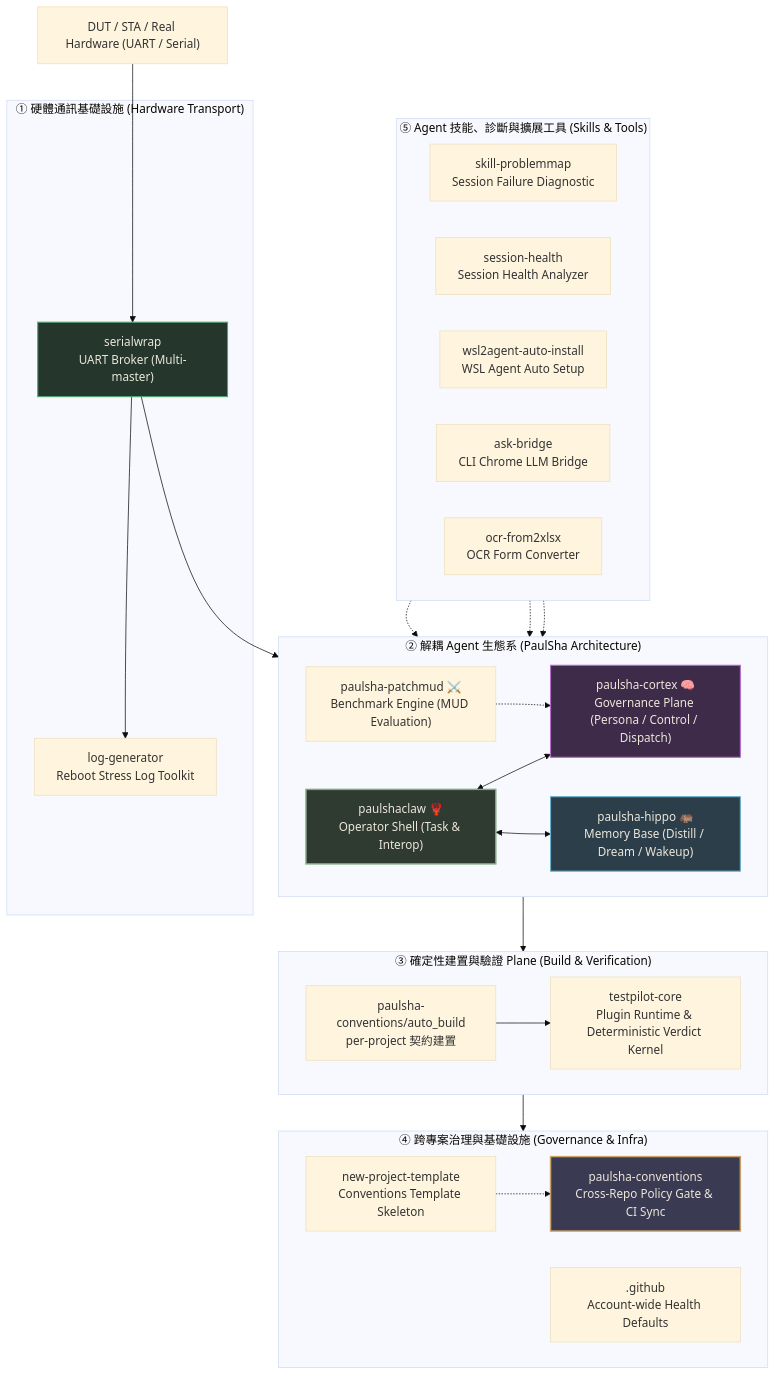
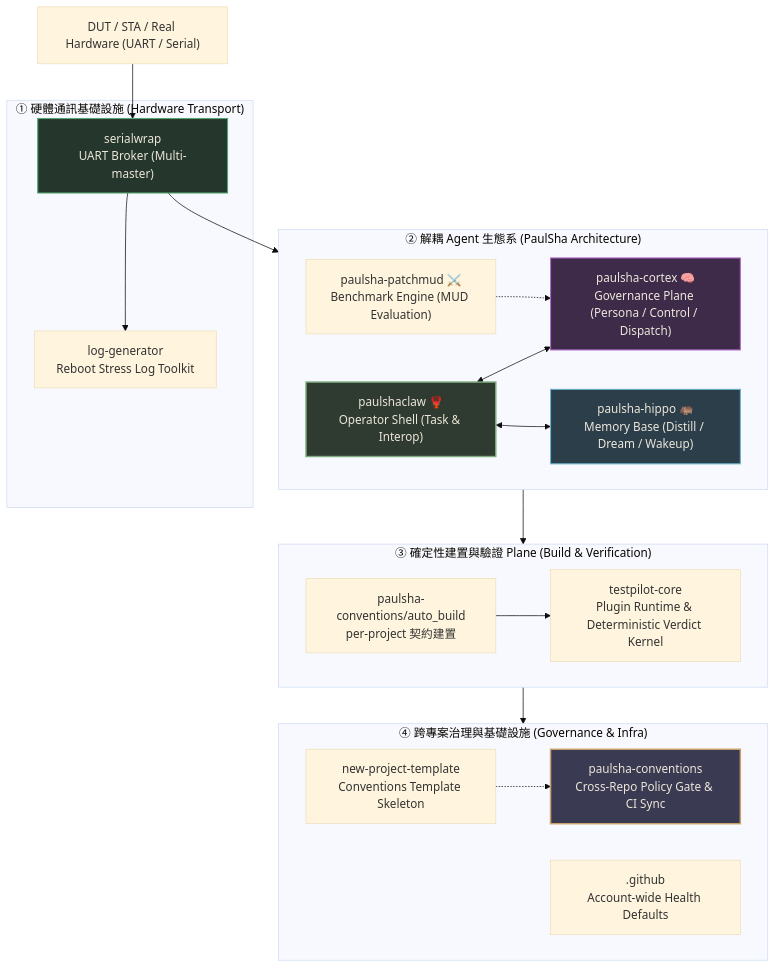
One commit to hamanpaul/hamanpaul changed the first of 2 diagrams in README.md. Above: the diagram before and after it, drawn with Mermaid (base theme).

Commit message:
docs(readme): 系統架構圖移除第⑤區 Skills & Tools
架構圖（roadmap）收斂為三大組成：通用 paulsha 系列、embedded 的
serialwrap、橫跨兩者的 testpilot-core；Agent 技能與診斷工具類 repo
仍保留於下方公開專案矩陣，不再出現在架構圖中。

Claude-Session: https://claude.ai/code/session_01RuLD9v7DW9tLdbJsapMzXQ

````diff
--- a/README.md
+++ b/README.md
@@ -13,59 +13,47 @@
 ```mermaid
 flowchart TD
     HW["DUT / STA / Real Hardware (UART / Serial)"]
 
     subgraph P1["① 硬體通訊基礎設施 (Hardware Transport)"]
         SW["serialwrap<br/>UART Broker (Multi-master)"]
         LOGGEN["log-generator<br/>Reboot Stress Log Toolkit"]
     end
 
     subgraph P2["② 解耦 Agent 生態系 (PaulSha Architecture)"]
         direction LR
         CLAW["paulshaclaw 🦞<br/>Operator Shell (Task & Interop)"]
         HIPPO["paulsha-hippo 🦛<br/>Memory Base (Distill / Dream / Wakeup)"]
         CORTEX["paulsha-cortex 🧠<br/>Governance Plane (Persona / Control / Dispatch)"]
         MUD["paulsha-patchmud ⚔️<br/>Benchmark Engine (MUD Evaluation)"]
     end
 
     subgraph P3["③ 確定性建置與驗證 Plane (Build & Verification)"]
         direction LR
         BUILD["paulsha-conventions/auto_build<br/>per-project 契約建置"]
         TP["testpilot-core<br/>Plugin Runtime & Deterministic Verdict Kernel"]
     end
 
     subgraph P4["④ 跨專案治理與基礎設施 (Governance & Infra)"]
         direction LR
         GOV["paulsha-conventions<br/>Cross-Repo Policy Gate & CI Sync"]
         TPL["new-project-template<br/>Conventions Template Skeleton"]
         GH[".github<br/>Account-wide Health Defaults"]
     end
 
-    subgraph P5["⑤ Agent 技能、診斷與擴展工具 (Skills & Tools)"]
-        direction LR
-        PM["skill-problemmap<br/>Session Failure Diagnostic"]
-        SH["session-health<br/>Session Health Analyzer"]
-        WSL["wsl2agent-auto-install<br/>WSL Agent Auto Setup"]
-        ASK["ask-bridge<br/>CLI Chrome LLM Bridge"]
-        OCR["ocr-from2xlsx<br/>OCR Form Converter"]
-    end
-
     HW --> SW
     SW --> LOGGEN
     SW --> CLAW
     CLAW <--> CORTEX
     CLAW <--> HIPPO
     CORTEX --> BUILD
     BUILD --> TP
     TP --> GOV
     MUD -.-> CORTEX
     TPL -.-> GOV
-    PM -.-> CLAW
-    SH -.-> CLAW
-    WSL -.-> CLAW
 
     style GOV fill:#3a3a52,stroke:#c9a26a,stroke-width:2px,color:#ece6da
     style CLAW fill:#2f3b30,stroke:#7faa7f,stroke-width:2px,color:#ece6da
     style HIPPO fill:#2b3e4a,stroke:#6ab0c9,stroke-width:1.5px,color:#ece6da
     style CORTEX fill:#3e2b4a,stroke:#b06ac9,stroke-width:1.5px,color:#ece6da
     style SW fill:#25372c,stroke:#55a370,stroke-width:1.5px,color:#ece6da
 ```
````
